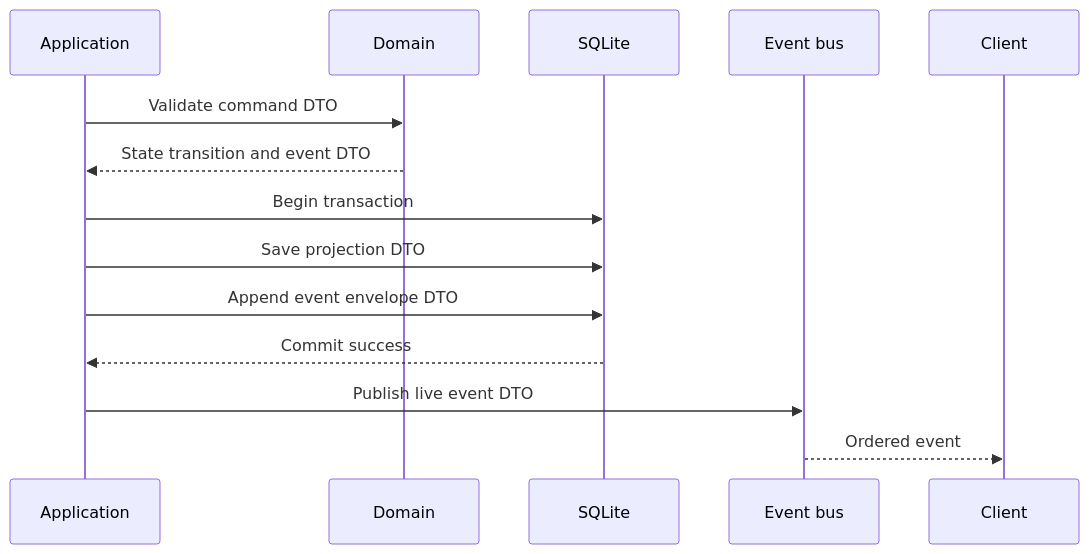
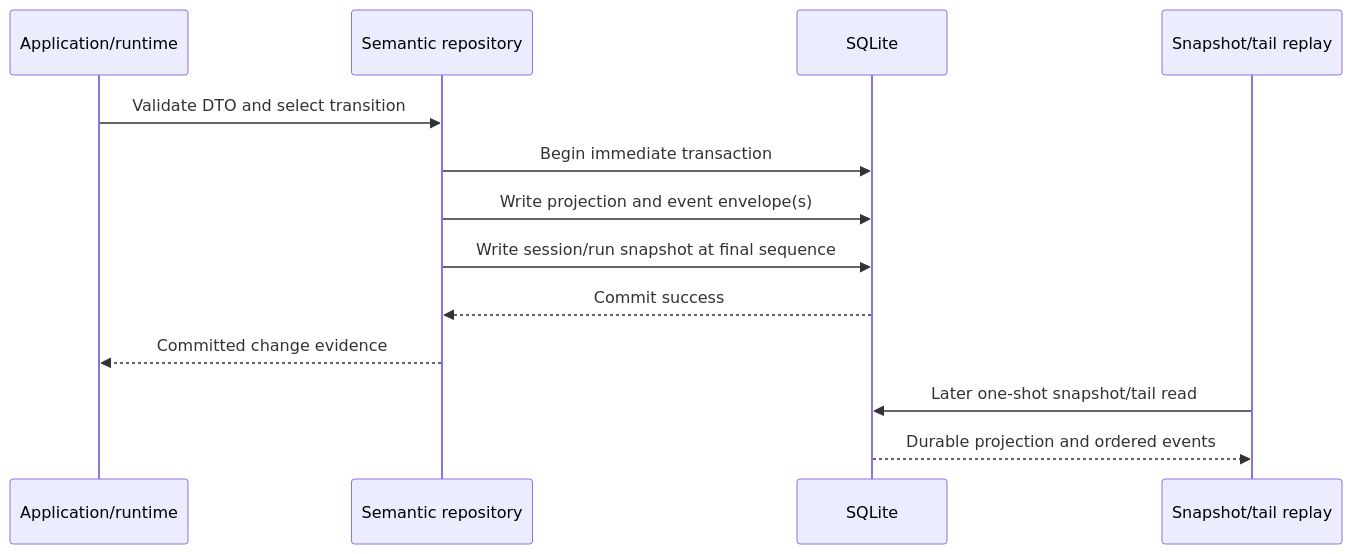
Before and after one commit to y0tsy/intention-relay: the third of 3 diagrams in docs/intention-relay/architecture/04-sessions-runs-events-and-storage.md, drawn with Mermaid. The commit also changed other lines of this file and 7 other files, not shown here.

First line of the commit message:
docs(m3): document durable storage architecture

````diff
--- a/docs/intention-relay/architecture/04-sessions-runs-events-and-storage.md
+++ b/docs/intention-relay/architecture/04-sessions-runs-events-and-storage.md
@@ -115,17 +117,16 @@
 ```mermaid
 sequenceDiagram
-  participant A as Application
-  participant D as Domain
+  participant A as Application/runtime
+  participant R as Semantic repository
   participant S as SQLite
-  participant E as Event bus
-  participant C as Client
+  participant P as Snapshot/tail replay
 
-  A->>D: Validate command DTO
-  D-->>A: State transition and event DTO
-  A->>S: Begin transaction
-  A->>S: Save projection DTO
-  A->>S: Append event envelope DTO
-  S-->>A: Commit success
-  A->>E: Publish live event DTO
-  E-->>C: Ordered event
+  A->>R: Validate DTO and select transition
+  R->>S: Begin immediate transaction
+  R->>S: Write projection and event envelope(s)
+  R->>S: Write session/run snapshot at final sequence
+  S-->>R: Commit success
+  R-->>A: Committed change evidence
+  P->>S: Later one-shot snapshot/tail read
+  S-->>P: Durable projection and ordered events
 ```
````
